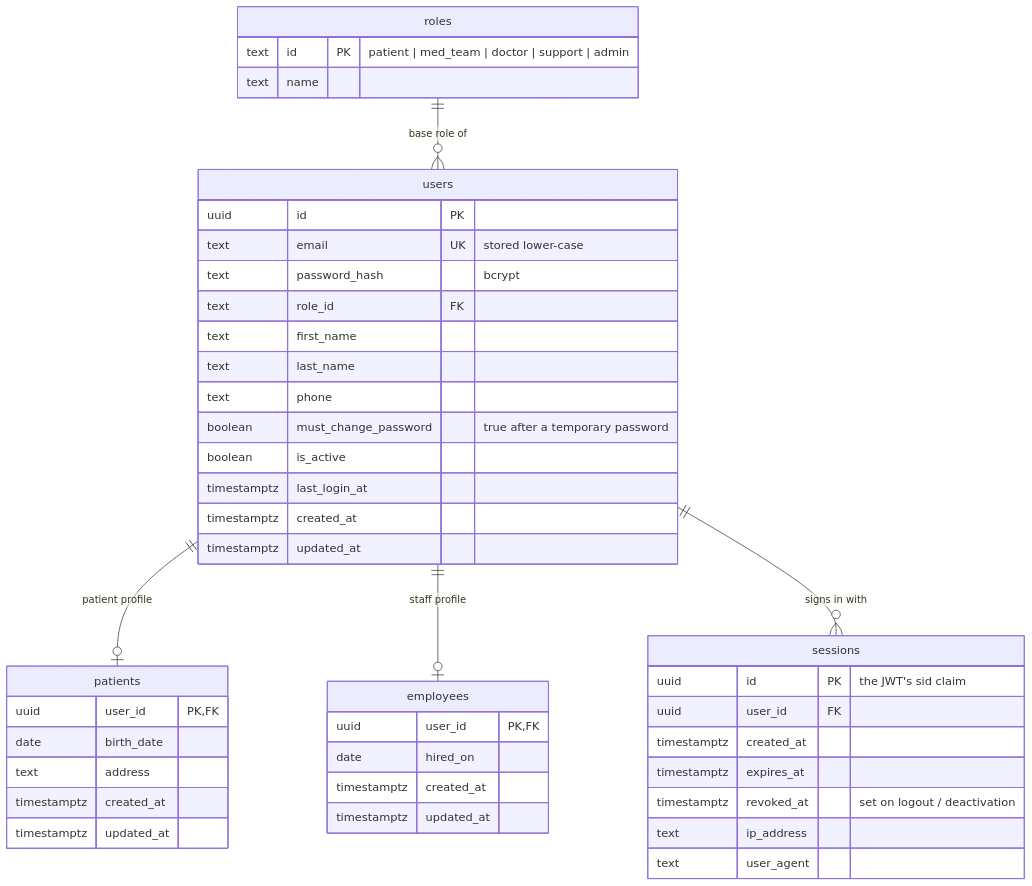
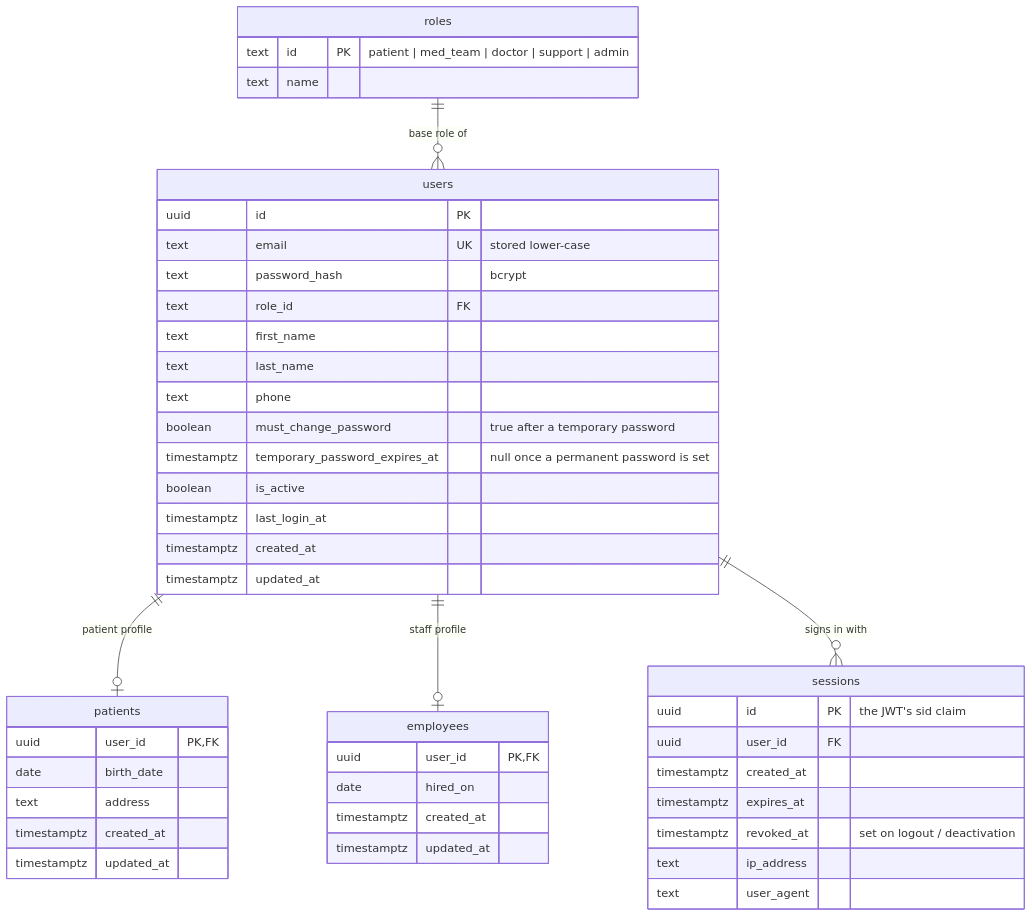
One commit to JM-GrizzlyBear/HomeLabConnect changed the diagram in docs/erd/identity.md. Above: the diagram before and after it, drawn with Mermaid. The commit also changed other lines of this file and 2 other files, not shown here.

````diff
--- a/docs/erd/identity.md
+++ b/docs/erd/identity.md
@@ -5,48 +5,49 @@
 ```mermaid
 erDiagram
     roles ||--o{ users : "base role of"
     users ||--o| patients : "patient profile"
     users ||--o| employees : "staff profile"
     users ||--o{ sessions : "signs in with"
 
     roles {
         text id PK "patient | med_team | doctor | support | admin"
         text name
     }
     users {
         uuid id PK
         text email UK "stored lower-case"
         text password_hash "bcrypt"
         text role_id FK
         text first_name
         text last_name
         text phone
         boolean must_change_password "true after a temporary password"
+        timestamptz temporary_password_expires_at "null once a permanent password is set"
         boolean is_active
         timestamptz last_login_at
         timestamptz created_at
         timestamptz updated_at
     }
     patients {
         uuid user_id PK, FK
         date birth_date
         text address
         timestamptz created_at
         timestamptz updated_at
     }
     employees {
         uuid user_id PK, FK
         date hired_on
         timestamptz created_at
         timestamptz updated_at
     }
     sessions {
         uuid id PK "the JWT's sid claim"
         uuid user_id FK
         timestamptz created_at
         timestamptz expires_at
         timestamptz revoked_at "set on logout / deactivation"
         text ip_address
         text user_agent
     }
 ```
````
